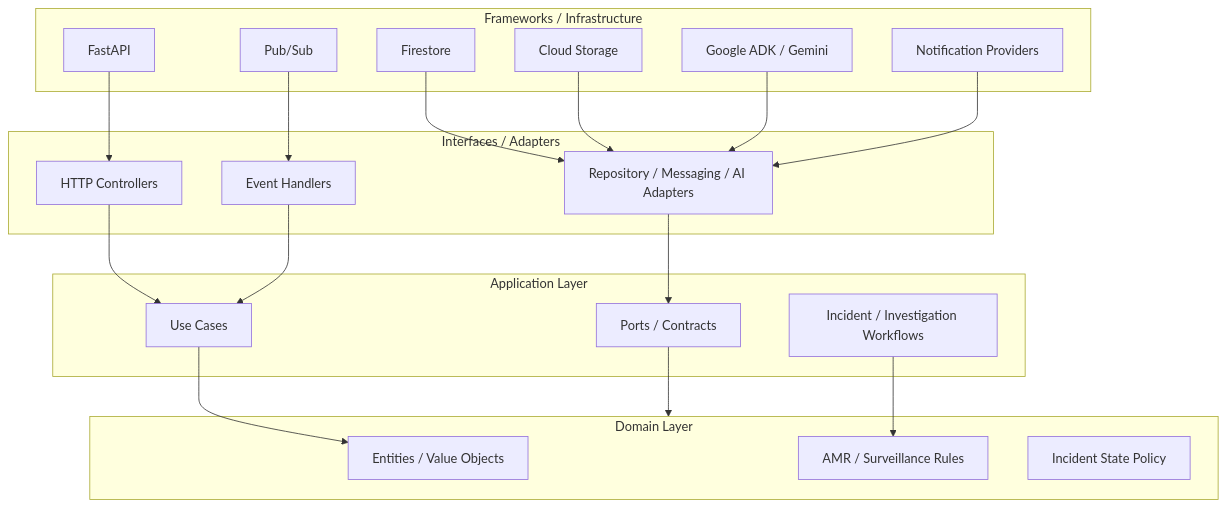
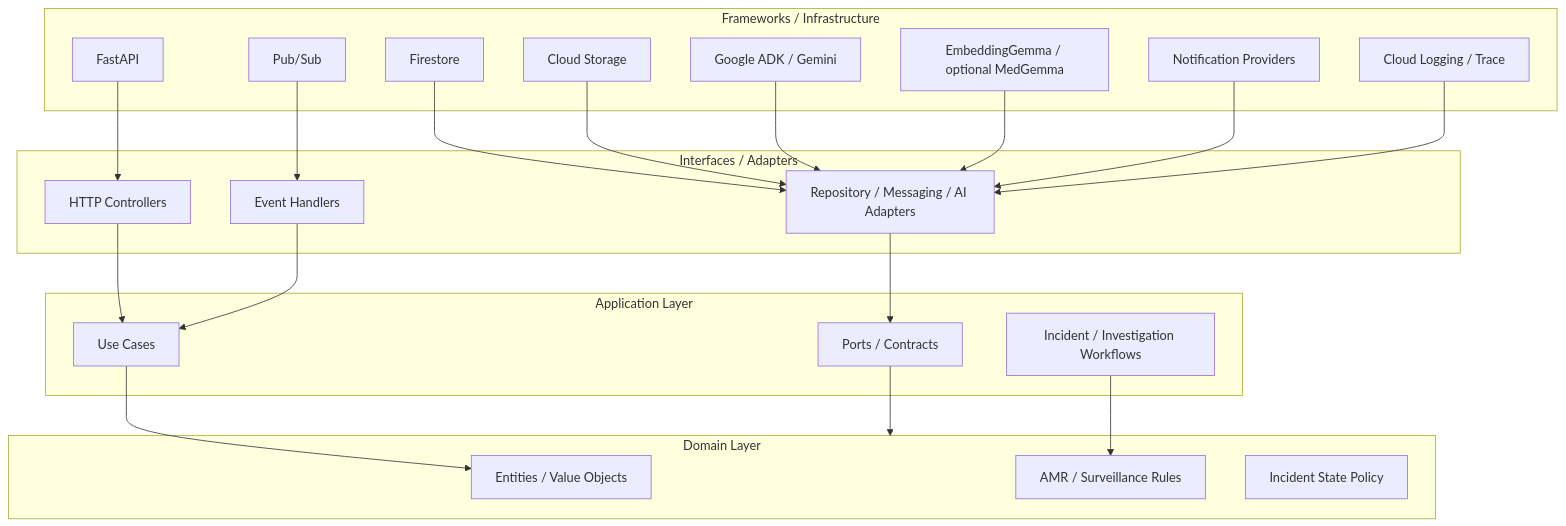
Before and after one commit to ronnielutaro/Ngabo-AMR-Surveillance: the second of 10 diagrams in docs/SYSTEM_DESIGN.md, drawn with Mermaid. The commit also changed other lines of this file, not shown here.

````diff
--- a/docs/SYSTEM_DESIGN.md
+++ b/docs/SYSTEM_DESIGN.md
@@ -59,43 +77,47 @@
 ```mermaid
 flowchart TB
     subgraph Outer[Frameworks / Infrastructure]
         FastAPI[FastAPI]
         Firestore[Firestore]
         PubSub[Pub/Sub]
         GCS[Cloud Storage]
         ADK[Google ADK / Gemini]
+        Gemma[EmbeddingGemma / optional MedGemma]
         Notify[Notification Providers]
+        Observe[Cloud Logging / Trace]
     end
 
     subgraph Interfaces[Interfaces / Adapters]
         HTTP[HTTP Controllers]
         EventHandlers[Event Handlers]
         InfraAdapters[Repository / Messaging / AI Adapters]
     end
 
     subgraph Application[Application Layer]
         UseCases[Use Cases]
         Workflows[Incident / Investigation Workflows]
         Ports[Ports / Contracts]
     end
 
     subgraph Domain[Domain Layer]
         Entities[Entities / Value Objects]
         Rules[AMR / Surveillance Rules]
         State[Incident State Policy]
     end
 
     FastAPI --> HTTP
     PubSub --> EventHandlers
     Firestore --> InfraAdapters
     GCS --> InfraAdapters
     ADK --> InfraAdapters
+    Gemma --> InfraAdapters
     Notify --> InfraAdapters
+    Observe --> InfraAdapters
 
     HTTP --> UseCases
     EventHandlers --> UseCases
     InfraAdapters --> Ports
     UseCases --> Entities
     Workflows --> Rules
     Ports --> Domain
 ```
````
